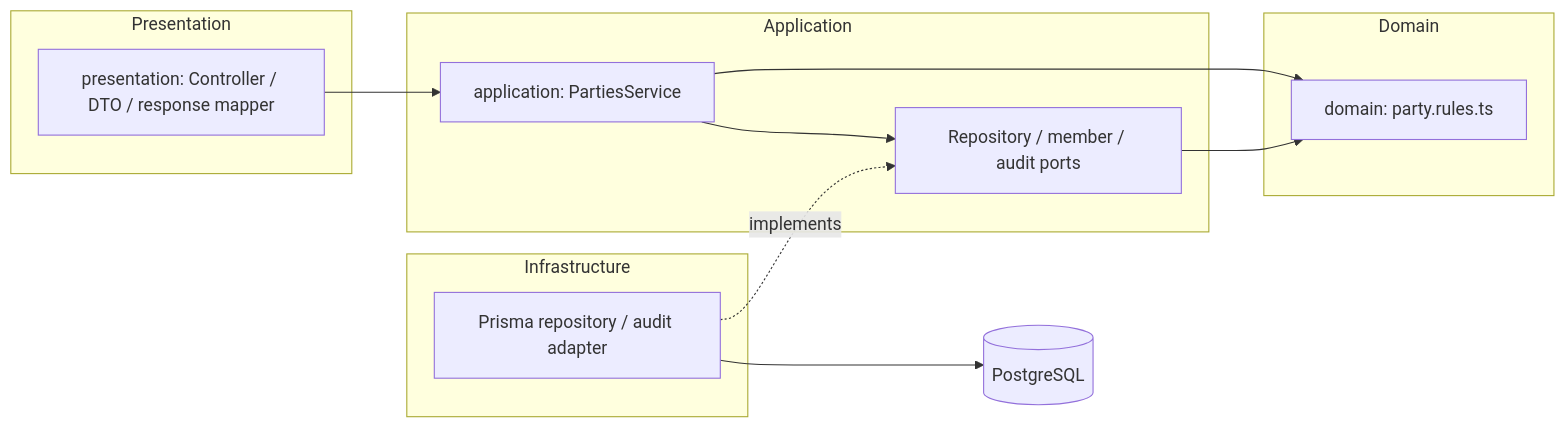
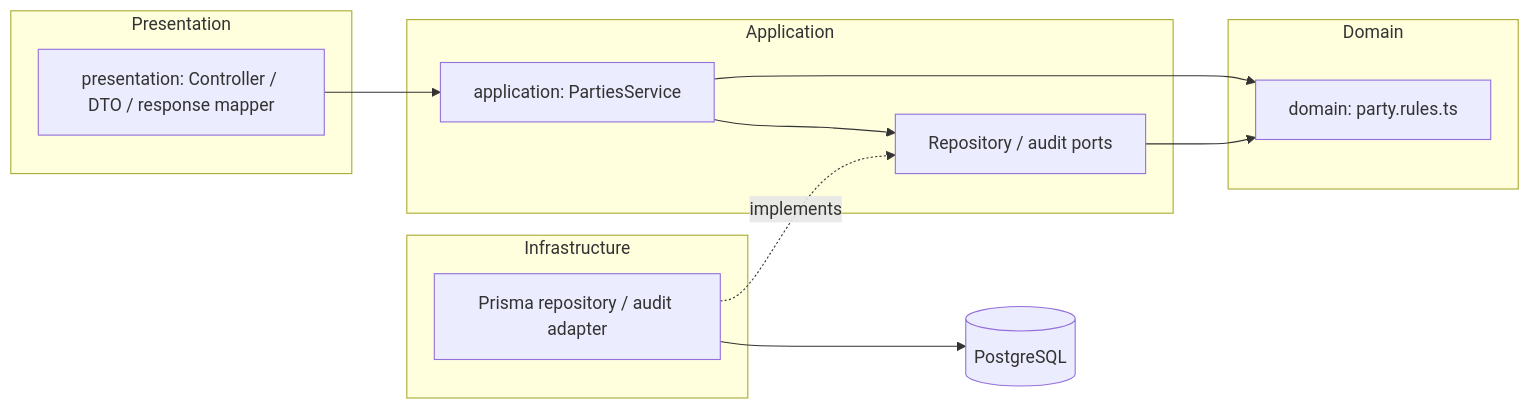
One commit to PhuongT1/debtflow-api changed the first of 4 diagrams in docs/getting-started/architecture/party-architecture.md. Above: the diagram before and after it, drawn with Mermaid. The commit also changed other lines of this file and 33 other files, not shown here.

````diff
--- a/docs/getting-started/architecture/party-architecture.md
+++ b/docs/getting-started/architecture/party-architecture.md
@@ -24,22 +25,22 @@
 ```mermaid
 flowchart LR
   subgraph Presentation
     C[presentation: Controller / DTO / response mapper]
   end
   subgraph Application
     S[application: PartiesService]
-    P[Repository / member / audit ports]
+    P[Repository / audit ports]
   end
   subgraph Domain
     D[domain: party.rules.ts]
   end
   subgraph Infrastructure
     I[Prisma repository / audit adapter]
   end
   C --> S
   S --> P
   S --> D
   P --> D
   I -. implements .-> P
   I --> DB[(PostgreSQL)]
 ```
````
